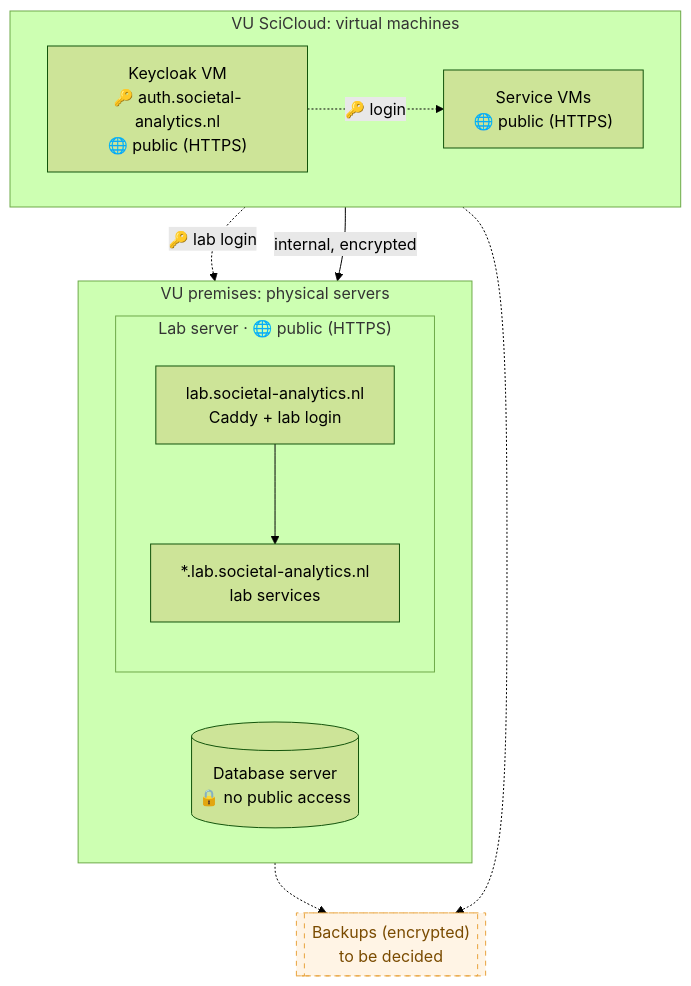
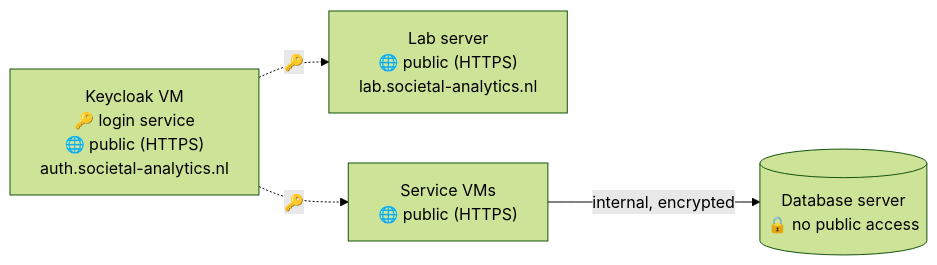
The diagram in docs/index.md (kasperwelbers/societal-analytics-lab-infra), drawn with Mermaid (forest theme) before and after one commit. The commit also changed other lines of this file and 5 other files, not shown here.

First line of the commit message:
Docs: simpler overview map, cookie flow in the lab server map, Docker warnings page

````diff
--- a/docs/index.md
+++ b/docs/index.md
@@ -7,36 +7,16 @@
 ```mermaid
-flowchart TB
-    subgraph Cloud ["VU SciCloud: virtual machines"]
-        direction LR
-        KC["Keycloak VM<br/>🔑 auth.societal-analytics.nl<br/>🌐 public (HTTPS)"]
-        SVM["Service VMs<br/>🌐 public (HTTPS)"]
-    end
+flowchart LR
+    KC["Keycloak VM<br/>🔑 login service<br/>🌐 public (HTTPS)<br/>auth.societal-analytics.nl"]
+    Lab["Lab server<br/>🌐 public (HTTPS)<br/>lab.societal-analytics.nl"]
+    SVM["Service VMs<br/>🌐 public (HTTPS)"]
+    DB[("Database server<br/>🔒 no public access")]
 
-    subgraph VU ["VU premises: physical servers"]
-        direction LR
-        subgraph Lab ["Lab server · 🌐 public (HTTPS)"]
-            direction TB
-            Proxy["lab.societal-analytics.nl<br/>Caddy + lab login"]
-            Services["*.lab.societal-analytics.nl<br/>lab services"]
-            Proxy --> Services
-        end
-        DB[("Database server<br/>🔒 no public access")]
-    end
+    KC -.->|🔑| Lab
+    KC -.->|🔑| SVM
+    SVM -->|internal, encrypted| DB
 
-    Backups[["Backups (encrypted)<br/>to be decided"]]
-
-    KC -.->|🔑 lab login| Proxy
-    KC -.->|🔑 login| SVM
-    SVM -->|internal, encrypted| DB
-    DB -.-> Backups
-    KC -.-> Backups
-
-    classDef tbd fill:#fff4e5,stroke:#e8a33d,stroke-dasharray:5 5,color:#7a4b00
-    class Backups tbd
-
-    click Proxy "servers/lab/" "Lab server"
-    click Services "servers/lab/" "Lab server"
+    click Lab "servers/lab/" "Lab server"
     click DB "servers/database/" "Database server"
     click KC "servers/keycloak/" "Keycloak VM"
     click SVM "servers/service-vms/" "Service VMs"
 ```
````
